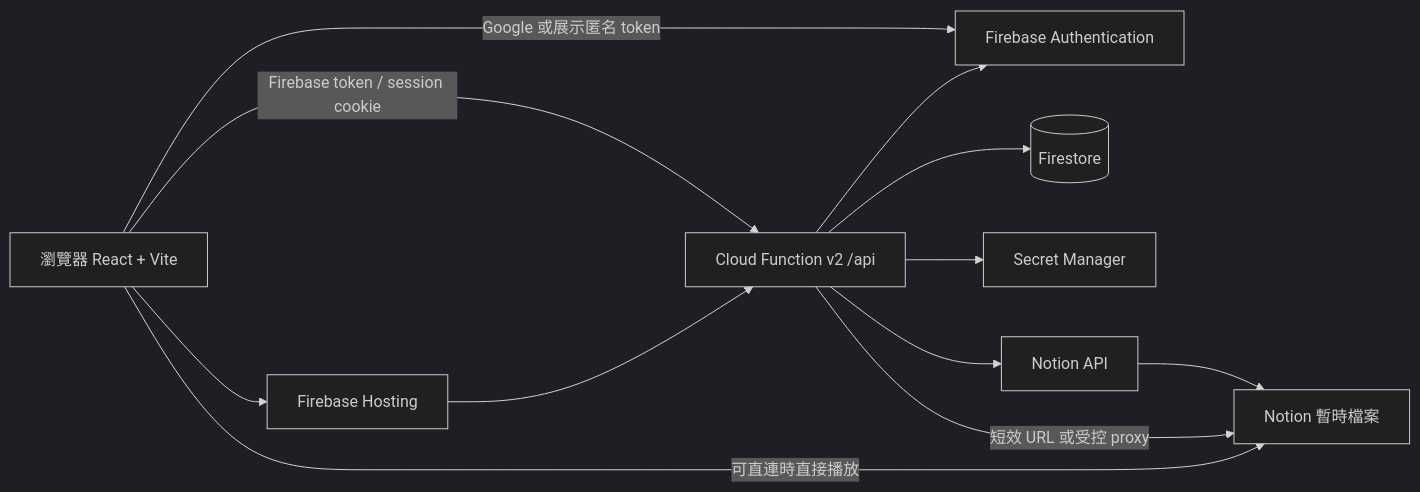
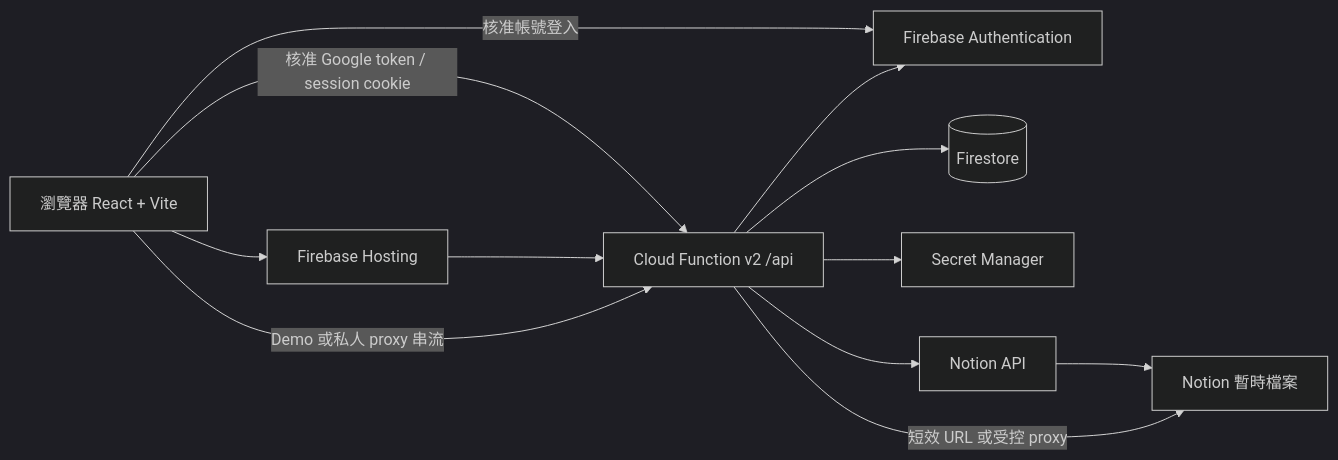
The first of 2 diagrams in docs/architecture.md (jason7773/notion-media-library), drawn with Mermaid (dark theme) before and after one commit. The commit also changed other lines of this file, not shown here.

Commit message:
Clarify public demo trust boundary

````diff
--- a/docs/architecture.md
+++ b/docs/architecture.md
@@ -5,22 +5,22 @@
 ```mermaid
 flowchart LR
   Browser[瀏覽器 React + Vite]
   Hosting[Firebase Hosting]
   Function[Cloud Function v2 /api]
   Auth[Firebase Authentication]
   Firestore[(Firestore)]
   Secret[Secret Manager]
   NotionAPI[Notion API]
   NotionFiles[Notion 暫時檔案]
   Browser --> Hosting
-  Browser -->|Firebase token / session cookie| Function
-  Browser -->|Google 或展示匿名 token| Auth
+  Browser -->|核准 Google token / session cookie| Function
+  Browser -->|核准帳號登入| Auth
   Hosting --> Function
   Function --> Auth
   Function --> Firestore
   Function --> Secret
   Function --> NotionAPI
   NotionAPI --> NotionFiles
   Function -->|短效 URL 或受控 proxy| NotionFiles
-  Browser -->|可直連時直接播放| NotionFiles
+  Browser -->|Demo 或私人 proxy 串流| Function
 ```
````
